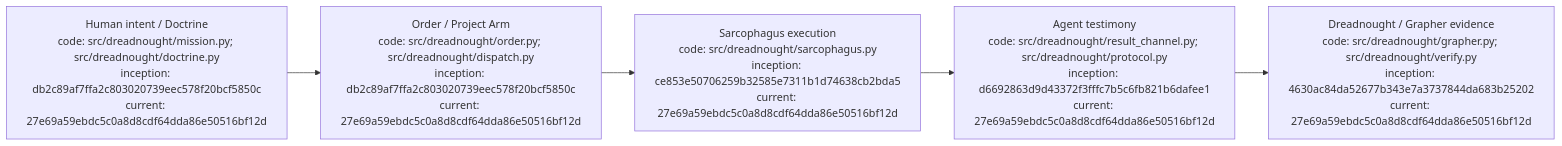
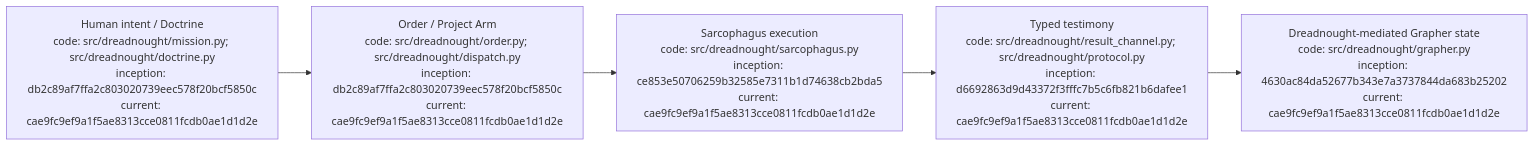
The diagram in README.md (seanbman/dreadnought), drawn with Mermaid before and after one commit. The commit also changed other lines of this file and 5 other files, not shown here.

````diff
--- a/README.md
+++ b/README.md
@@ -28,7 +105,7 @@
 ```mermaid
 flowchart LR
-    H["Human intent / Doctrine\ncode: src/dreadnought/mission.py; src/dreadnought/doctrine.py\ninception: db2c89af7ffa2c803020739eec578f20bcf5850c\ncurrent: 27e69a59ebdc5c0a8d8cdf64dda86e50516bf12d"] --> O["Order / Project Arm\ncode: src/dreadnought/order.py; src/dreadnought/dispatch.py\ninception: db2c89af7ffa2c803020739eec578f20bcf5850c\ncurrent: 27e69a59ebdc5c0a8d8cdf64dda86e50516bf12d"]
-    O --> S["Sarcophagus execution\ncode: src/dreadnought/sarcophagus.py\ninception: ce853e50706259b32585e7311b1d74638cb2bda5\ncurrent: 27e69a59ebdc5c0a8d8cdf64dda86e50516bf12d"]
-    S --> A["Agent testimony\ncode: src/dreadnought/result_channel.py; src/dreadnought/protocol.py\ninception: d6692863d9d43372f3fffc7b5c6fb821b6dafee1\ncurrent: 27e69a59ebdc5c0a8d8cdf64dda86e50516bf12d"]
-    A --> G["Dreadnought / Grapher evidence\ncode: src/dreadnought/grapher.py; src/dreadnought/verify.py\ninception: 4630ac84da52677b343e7a3737844da683b25202\ncurrent: 27e69a59ebdc5c0a8d8cdf64dda86e50516bf12d"]
+    H["Human intent / Doctrine\ncode: src/dreadnought/mission.py; src/dreadnought/doctrine.py\ninception: db2c89af7ffa2c803020739eec578f20bcf5850c\ncurrent: cae9fc9ef9a1f5ae8313cce0811fcdb0ae1d1d2e"] --> O["Order / Project Arm\ncode: src/dreadnought/order.py; src/dreadnought/dispatch.py\ninception: db2c89af7ffa2c803020739eec578f20bcf5850c\ncurrent: cae9fc9ef9a1f5ae8313cce0811fcdb0ae1d1d2e"]
+    O --> S["Sarcophagus execution\ncode: src/dreadnought/sarcophagus.py\ninception: ce853e50706259b32585e7311b1d74638cb2bda5\ncurrent: cae9fc9ef9a1f5ae8313cce0811fcdb0ae1d1d2e"]
+    S --> A["Typed testimony\ncode: src/dreadnought/result_channel.py; src/dreadnought/protocol.py\ninception: d6692863d9d43372f3fffc7b5c6fb821b6dafee1\ncurrent: cae9fc9ef9a1f5ae8313cce0811fcdb0ae1d1d2e"]
+    A --> G["Dreadnought-mediated Grapher state\ncode: src/dreadnought/grapher.py\ninception: 4630ac84da52677b343e7a3737844da683b25202\ncurrent: cae9fc9ef9a1f5ae8313cce0811fcdb0ae1d1d2e"]
 ```
````
